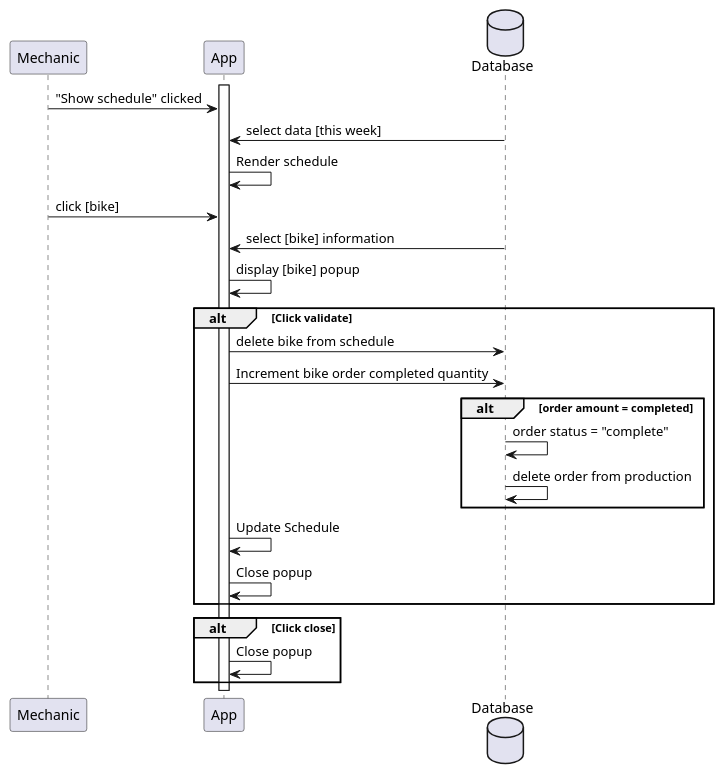
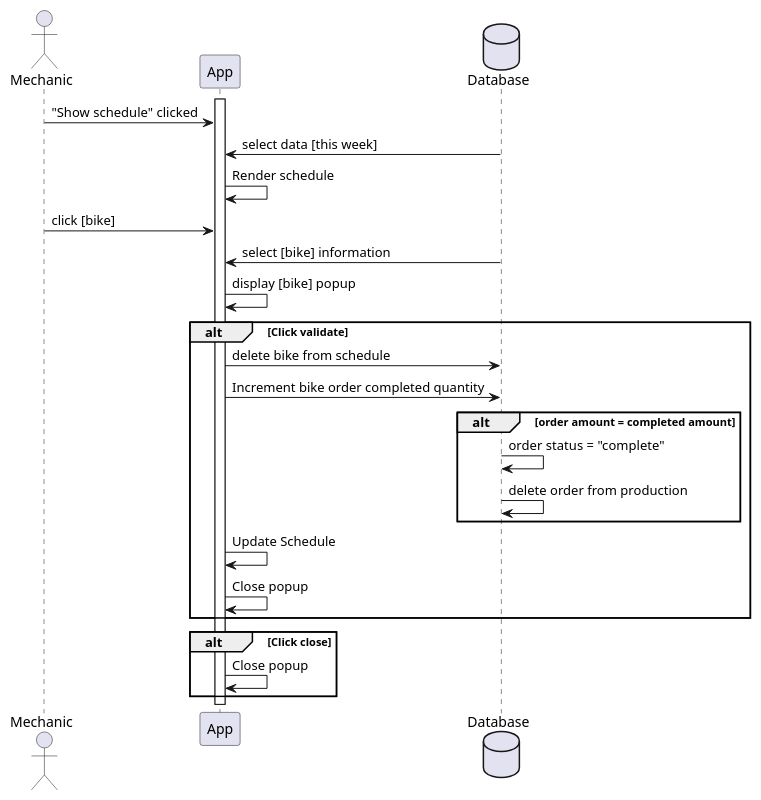
One commit to fred-corp/Bovelo_PG3L_ECAM changed the diagram in diagrams/Current/PlantUML/sequence/sequence_mechanic_schedule.plantuml. Above: the diagram before and after it, drawn with PlantUML. The commit also changed 2 other files, not shown here.

```diff
--- a/diagrams/Current/PlantUML/sequence/sequence_mechanic_schedule.plantuml
+++ b/diagrams/Current/PlantUML/sequence/sequence_mechanic_schedule.plantuml
@@ -1,27 +1,27 @@
 @startuml
-participant Mechanic as a
+actor Mechanic as a
 participant App as b
 database Database as c
 activate b
 a -> b : "Show schedule" clicked
 c -> b : select data [this week]
 b -> b: Render schedule
 
 a -> b : click [bike]
 c -> b : select [bike] information
 b -> b : display [bike] popup
 alt Click validate
 b -> c : delete bike from schedule
 b -> c : Increment bike order completed quantity
-alt order amount = completed
+alt order amount = completed amount
 c -> c : order status = "complete"
 c -> c : delete order from production
 end
 b -> b : Update Schedule
 b -> b : Close popup
 end
 
 alt Click close
 b -> b : Close popup
 end
 @enduml
```
